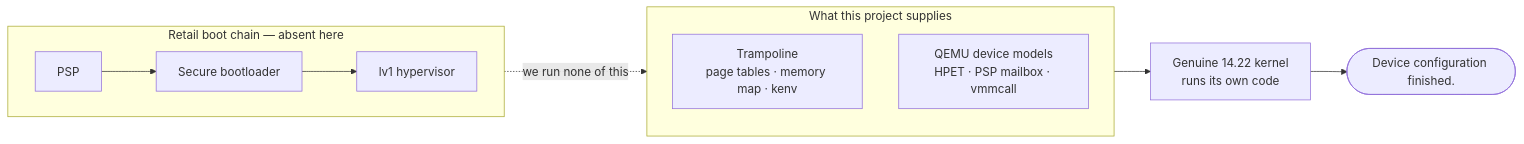
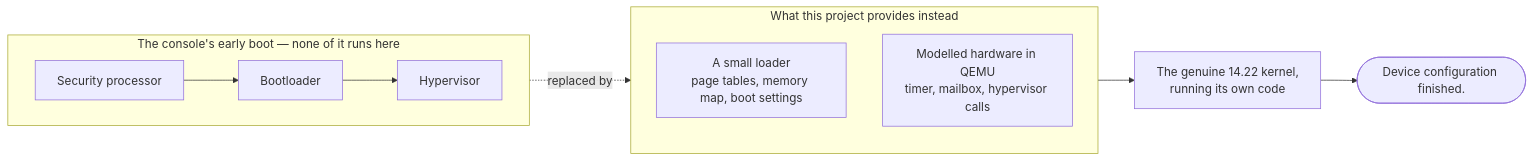
One commit to Redomic/PS5-1422-REHOST changed the diagram in README.md. Above: the diagram before and after it, drawn with Mermaid. The commit also changed other lines of this file and 4 other files, not shown here.

````diff
--- a/README.md
+++ b/README.md
@@ -56,17 +58,17 @@
 ```mermaid
 flowchart LR
-    subgraph absent [Retail boot chain — absent here]
+    subgraph absent [The console's early boot — none of it runs here]
         direction LR
-        PSP[PSP] --> SBL[Secure bootloader] --> LV1[lv1 hypervisor]
+        PSP[Security processor] --> SBL[Bootloader] --> LV1[Hypervisor]
     end
 
-    subgraph supplied [What this project supplies]
+    subgraph supplied [What this project provides instead]
         direction TB
-        T["Trampoline<br/>page tables · memory map · kenv"]
-        Q["QEMU device models<br/>HPET · PSP mailbox · vmmcall"]
+        T["A small loader<br/>page tables, memory map, boot settings"]
+        Q["Modelled hardware in QEMU<br/>timer, mailbox, hypervisor calls"]
     end
 
-    absent -. "we run none of this" .-> supplied
-    supplied --> K["Genuine 14.22 kernel<br/>runs its own code"]
+    absent -. "replaced by" .-> supplied
+    supplied --> K["The genuine 14.22 kernel,<br/>running its own code"]
     K --> M(["Device configuration finished."])
 ```
````
